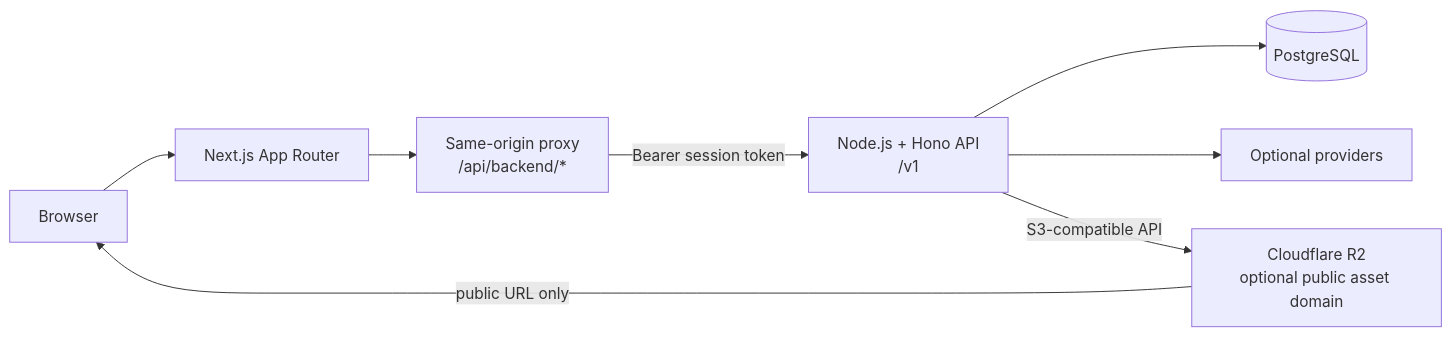
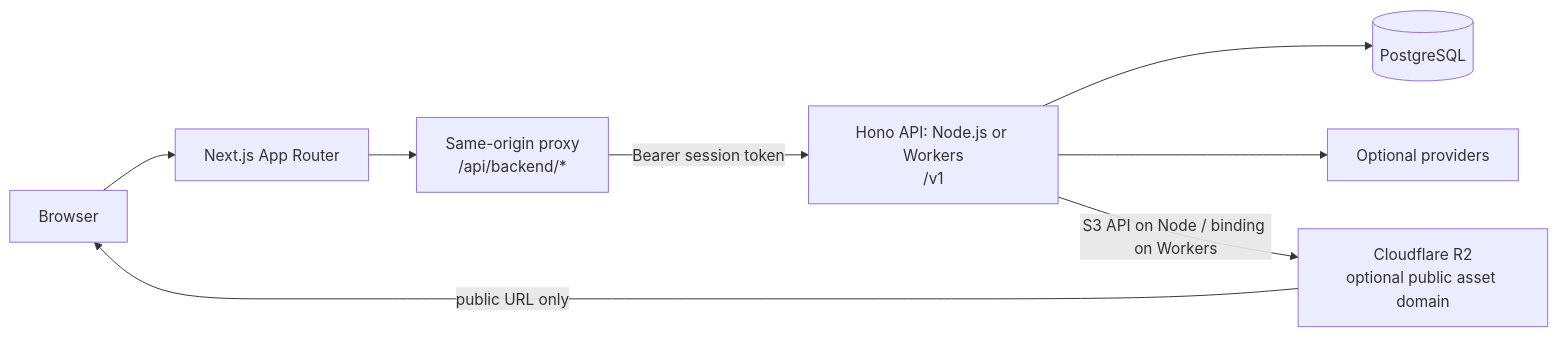
The diagram in .agents/skills/sk-start-next-hono/references/architecture.md (congthien2003/sb-kit), drawn with Mermaid before and after one commit. The commit also changed other lines of this file and 6 other files, not shown here.

````diff
--- a/.agents/skills/sk-start-next-hono/references/architecture.md
+++ b/.agents/skills/sk-start-next-hono/references/architecture.md
@@ -19,18 +19,18 @@
 ```mermaid
 flowchart LR
   Browser[Browser]
   Next[Next.js App Router]
   Proxy[Same-origin proxy\n/api/backend/*]
-  API[Node.js + Hono API\n/v1]
+  API[Hono API: Node.js or Workers\n/v1]
   DB[(PostgreSQL)]
   R2[Cloudflare R2\noptional public asset domain]
   External[Optional providers]
 
   Browser --> Next
   Next --> Proxy
   Proxy -->|Bearer session token| API
   API --> DB
   API --> External
-  API -->|S3-compatible API| R2
+  API -->|S3 API on Node / binding on Workers| R2
   R2 -->|public URL only| Browser
 ```
````
